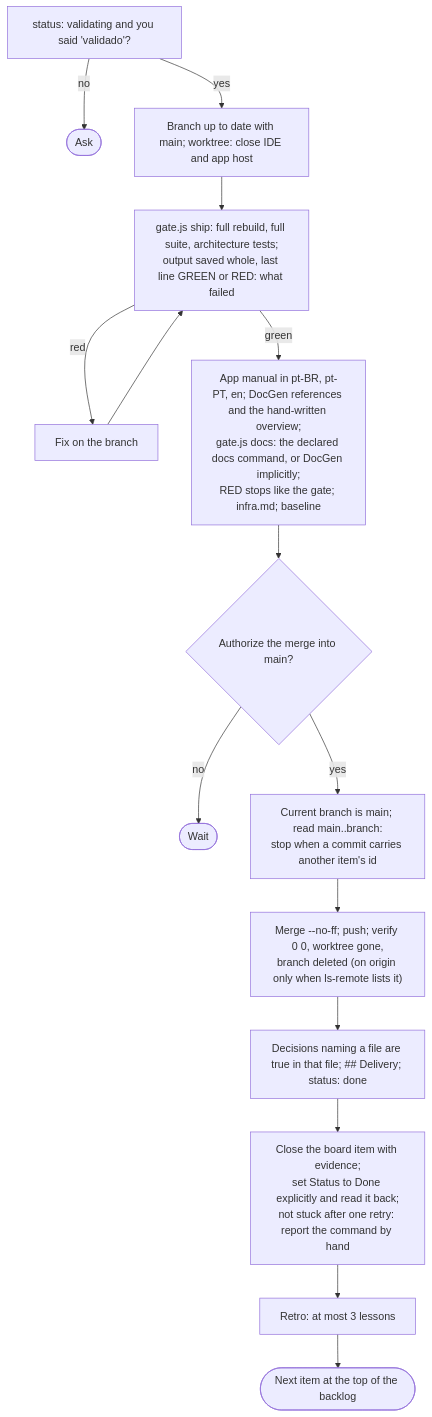
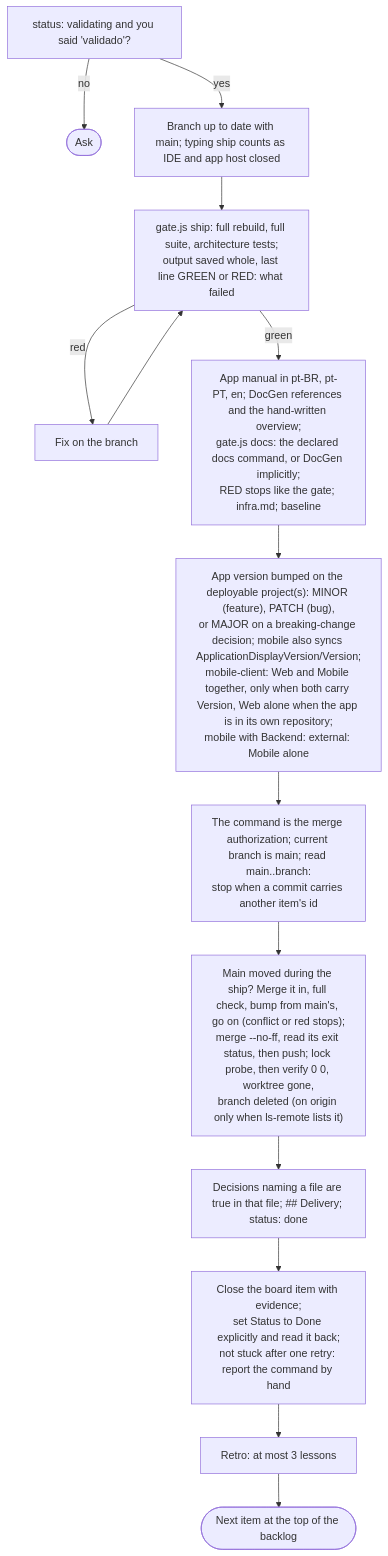
Before and after one commit to alexcanario/simulab: diagram 12 of 20 in docs/agile/workflow.md, drawn with Mermaid. The commit also changed other lines of this file and 17 other files, not shown here.

````diff
--- a/docs/agile/workflow.md
+++ b/docs/agile/workflow.md
@@ -1592,17 +2165,16 @@
 ```mermaid
 flowchart TD
     A["status: validating and you said 'validado'?"] -->|no| A1(["Ask"])
-    A -->|yes| B["Branch up to date with main; worktree: close IDE and app host"]
+    A -->|yes| B["Branch up to date with main; typing ship counts as IDE and app host closed"]
     B --> C["gate.js ship: full rebuild, full suite, architecture tests;<br/>output saved whole, last line GREEN or RED: what failed"]
     C -->|red| C1["Fix on the branch"]
     C1 --> C
     C -->|green| D["App manual in pt-BR, pt-PT, en; DocGen references and the hand-written overview;<br/>gate.js docs: the declared docs command, or DocGen implicitly;<br/>RED stops like the gate; infra.md; baseline"]
-    D --> E{"Authorize the merge into main?"}
-    E -->|no| E1(["Wait"])
-    E -->|yes| E2["Current branch is main; read main..branch:<br/>stop when a commit carries another item's id"]
-    E2 --> F["Merge --no-ff; push; verify 0 0, worktree gone,<br/>branch deleted (on origin only when ls-remote lists it)"]
+    D --> D1["App version bumped on the deployable project(s): MINOR (feature), PATCH (bug),<br/>or MAJOR on a breaking-change decision; mobile also syncs ApplicationDisplayVersion/Version;<br/>mobile-client: Web and Mobile together, only when both carry Version, Web alone when the app is in its own repository;<br/>mobile with Backend: external: Mobile alone"]
+    D1 --> E2["The command is the merge authorization; current branch is main; read main..branch:<br/>stop when a commit carries another item's id"]
+    E2 --> F["Main moved during the ship? Merge it in, full check, bump from main's, go on (conflict or red stops);<br/>merge --no-ff, read its exit status, then push; lock probe, then verify 0 0, worktree gone,<br/>branch deleted (on origin only when ls-remote lists it)"]
     F --> G["Decisions naming a file are true in that file; ## Delivery; status: done"]
     G --> H["Close the board item with evidence;<br/>set Status to Done explicitly and read it back;<br/>not stuck after one retry: report the command by hand"]
     H --> I["Retro: at most 3 lessons"]
     I --> J(["Next item at the top of the backlog"])
 ```
````
